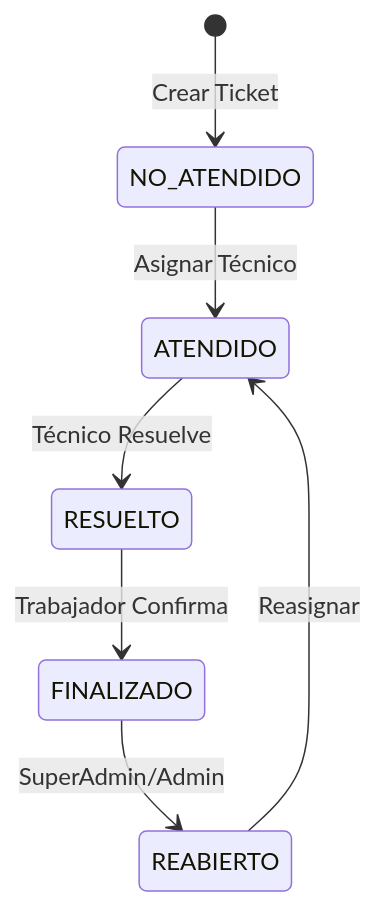
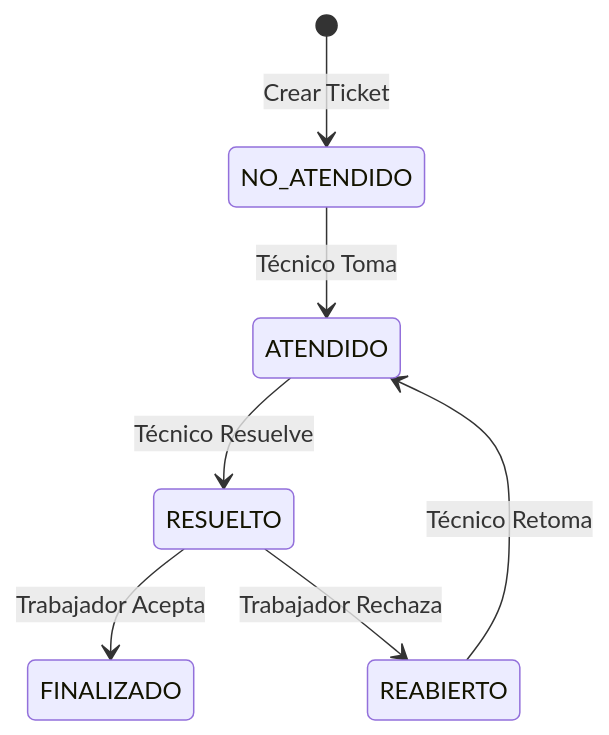
One commit to Akc9912/apiTickets changed the diagram in README.md. Above: the diagram before and after it, drawn with Mermaid. The commit also changed other lines of this file and 6 other files, not shown here.

````diff
--- a/README.md
+++ b/README.md
@@ -510,9 +510,9 @@
 ```mermaid
 stateDiagram-v2
     [*] --> NO_ATENDIDO : Crear Ticket
-    NO_ATENDIDO --> ATENDIDO : Asignar Técnico
+    NO_ATENDIDO --> ATENDIDO : Técnico Toma
+    REABIERTO --> ATENDIDO : Técnico Retoma
     ATENDIDO --> RESUELTO : Técnico Resuelve
-    RESUELTO --> FINALIZADO : Trabajador Confirma
-    FINALIZADO --> REABIERTO : SuperAdmin/Admin
-    REABIERTO --> ATENDIDO : Reasignar
+    RESUELTO --> FINALIZADO : Trabajador Acepta
+    RESUELTO --> REABIERTO : Trabajador Rechaza
 ```
````
